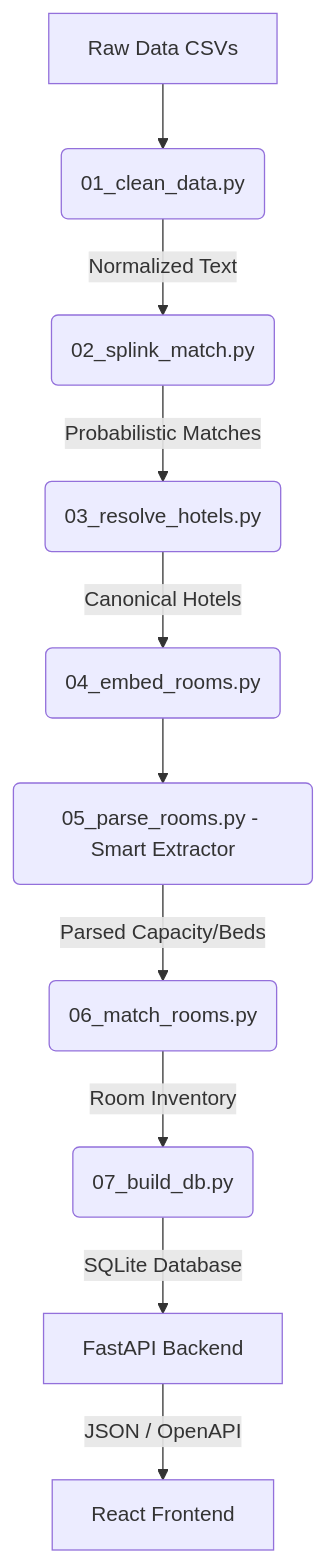
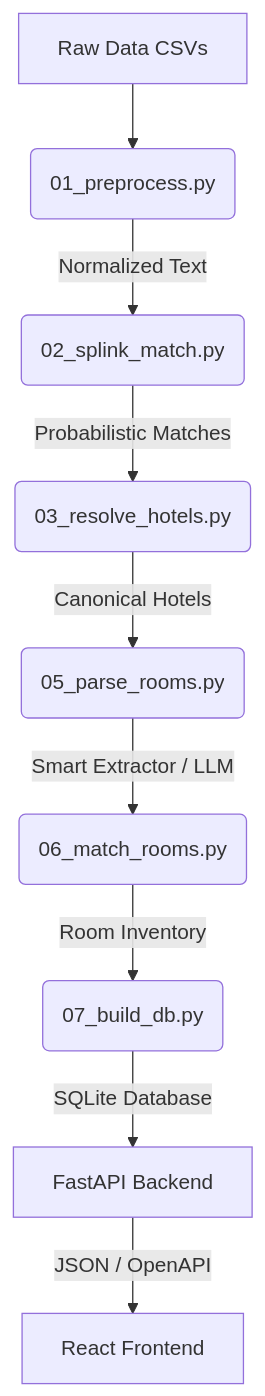
Before and after one commit to Imkumar80/semantic-hotel-matcher-api: the diagram in README.md, drawn with Mermaid. The commit also changed other lines of this file and 1 other file, not shown here.

````diff
--- a/README.md
+++ b/README.md
@@ -7,12 +7,11 @@
 ```mermaid
 graph TD
-    A[Raw Data CSVs] --> B(01_clean_data.py)
+    A[Raw Data CSVs] --> B(01_preprocess.py)
     B -->|Normalized Text| C(02_splink_match.py)
     C -->|Probabilistic Matches| D(03_resolve_hotels.py)
-    D -->|Canonical Hotels| E(04_embed_rooms.py)
-    E --> F(05_parse_rooms.py - Smart Extractor)
-    F -->|Parsed Capacity/Beds| G(06_match_rooms.py)
-    G -->|Room Inventory| H(07_build_db.py)
-    H -->|SQLite Database| I[FastAPI Backend]
-    I -->|JSON / OpenAPI| J[React Frontend]
+    D -->|Canonical Hotels| E(05_parse_rooms.py)
+    E -->|Smart Extractor / LLM| F(06_match_rooms.py)
+    F -->|Room Inventory| G(07_build_db.py)
+    G -->|SQLite Database| H[FastAPI Backend]
+    H -->|JSON / OpenAPI| I[React Frontend]
 ```
````
